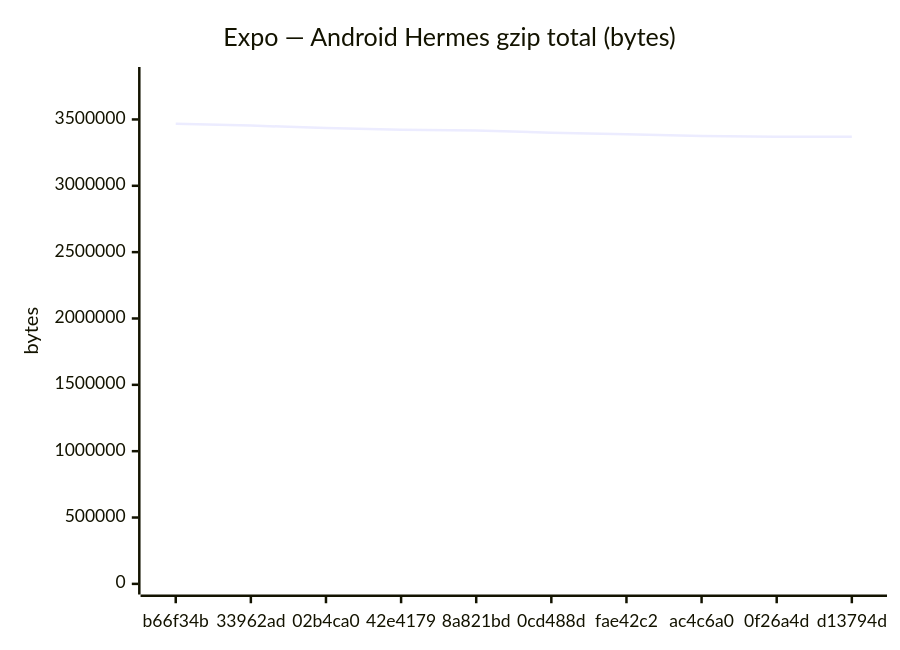
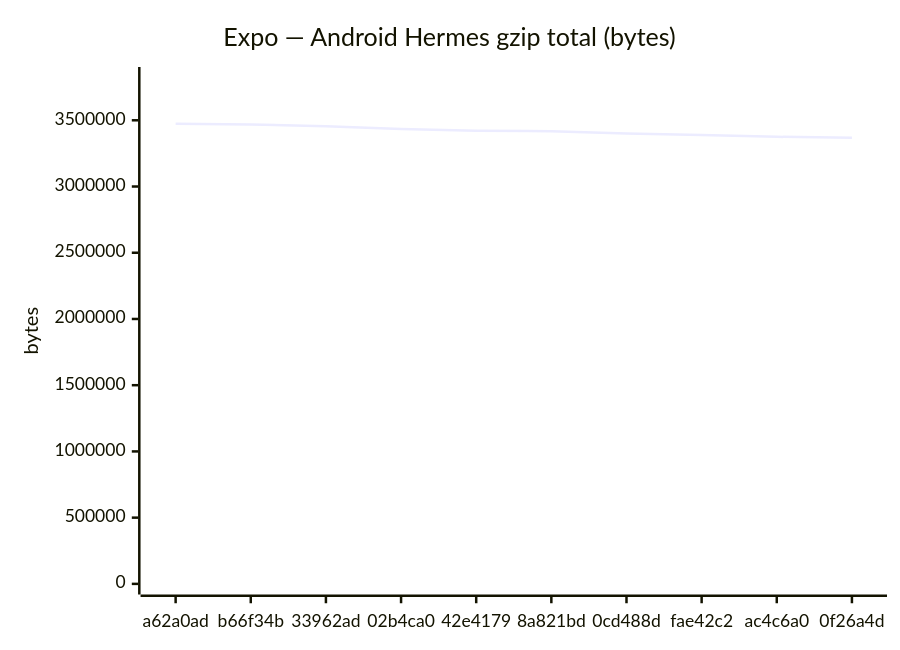
Before and after one commit to Metaheurist/Rianell: the fifth of 18 diagrams in benchmarks/compare.md, drawn with Mermaid. The commit also changed other lines of this file and 11 other files, not shown here.

````diff
--- a/benchmarks/compare.md
+++ b/benchmarks/compare.md
@@ -89,7 +89,7 @@
 ```mermaid
 xychart-beta
     title "Expo — Android Hermes gzip total (bytes)"
-    x-axis ["b66f34b", "33962ad", "02b4ca0", "42e4179", "8a821bd", "0cd488d", "fae42c2", "ac4c6a0", "0f26a4d", "d13794d"]
-    y-axis "bytes" 0 --> 3815172
-    line [3468338, 3454266, 3434635, 3421569, 3417622, 3400545, 3388765, 3375300, 3368860, 3368861]
+    x-axis ["a62a0ad", "b66f34b", "33962ad", "02b4ca0", "42e4179", "8a821bd", "0cd488d", "fae42c2", "ac4c6a0", "0f26a4d"]
+    y-axis "bytes" 0 --> 3822067
+    line [3474606, 3468338, 3454266, 3434635, 3421569, 3417622, 3400545, 3388765, 3375300, 3368860]
 ```
````
